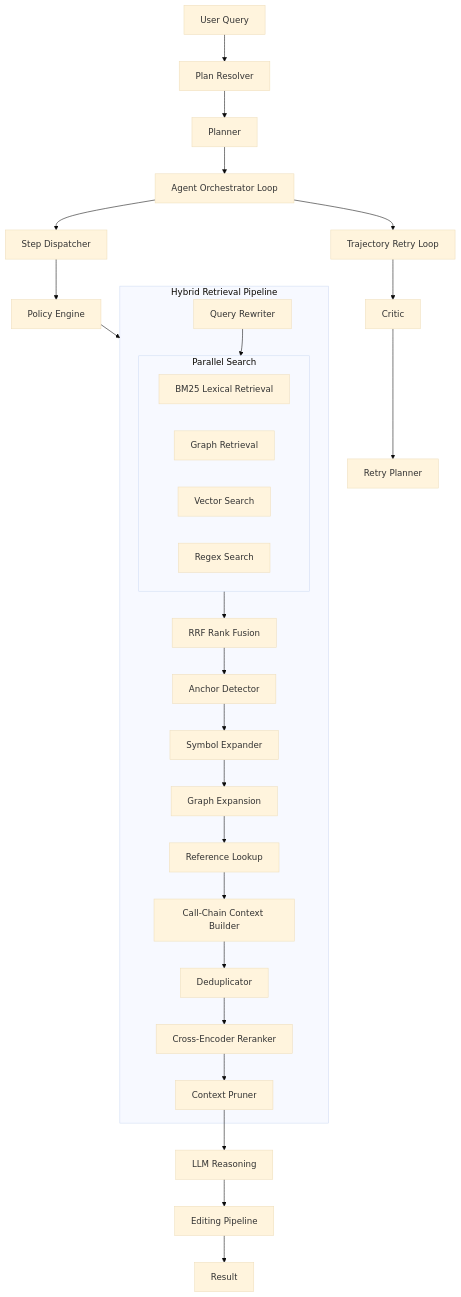
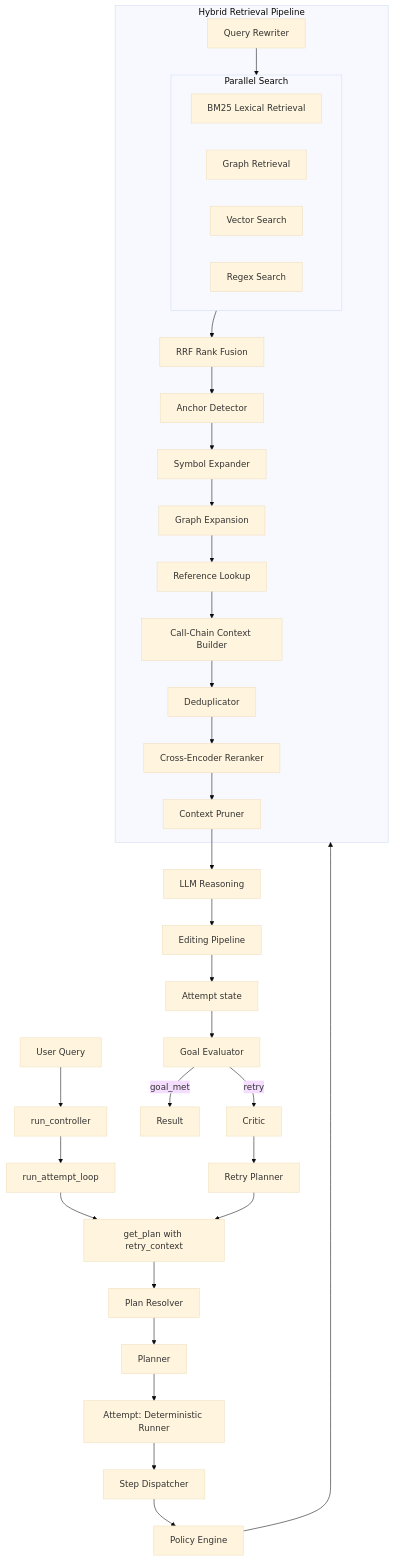
One commit to Pugsy-Explores/AutoStudio changed the diagram in Docs/ARCHITECTURE.md. Above: the diagram before and after it, drawn with Mermaid (base theme). The commit also changed other lines of this file and 3 other files, not shown here.

First line of the commit message:
docs: align Mermaid diagrams with Phase 5 attempt-loop architecture

````diff
--- a/Docs/ARCHITECTURE.md
+++ b/Docs/ARCHITECTURE.md
@@ -22,36 +22,41 @@
 ```mermaid
 flowchart TD
-    Query[User Query] --> PlanResolver[Plan Resolver]
+    Query[User Query] --> RunController[run_controller]
+    RunController --> AttemptLoop[run_attempt_loop]
+    AttemptLoop --> GetPlan[get_plan with retry_context]
+    GetPlan --> PlanResolver[Plan Resolver]
     PlanResolver --> Planner[Planner]
-    Planner --> AgentLoop[Agent Orchestrator Loop]
-    AgentLoop --> Dispatcher[Step Dispatcher]
+    Planner --> StepLoop[Attempt: Deterministic Runner]
+    StepLoop --> Dispatcher[Step Dispatcher]
     Dispatcher --> PolicyEngine[Policy Engine]
     PolicyEngine --> SearchPipeline
 
     subgraph SearchPipeline [Hybrid Retrieval Pipeline]
         QR[Query Rewriter] --> ParallelSearch
         subgraph ParallelSearch [Parallel Search]
             BM25[BM25 Lexical Retrieval]
             GraphRetriever[Graph Retrieval]
             VectorSearch[Vector Search]
             GrepSearch[Regex Search]
         end
         ParallelSearch --> RRF[RRF Rank Fusion]
         RRF --> AnchorDetector[Anchor Detector]
         AnchorDetector --> SymbolExpander[Symbol Expander]
         SymbolExpander --> GraphExpansion[Graph Expansion]
         GraphExpansion --> ReferenceLookup[Reference Lookup]
         ReferenceLookup --> CallChain[Call-Chain Context Builder]
         CallChain --> Deduplicator[Deduplicator]
         Deduplicator --> Reranker[Cross-Encoder Reranker]
         Reranker --> ContextPruner[Context Pruner]
     end
 
     ContextPruner --> LLM[LLM Reasoning]
     LLM --> EditPipeline[Editing Pipeline]
-    EditPipeline --> Output[Result]
+    EditPipeline --> StepOutput[Attempt state]
 
-    AgentLoop --> MetaLoop[Trajectory Retry Loop]
-    MetaLoop --> Critic[Critic]
+    StepOutput --> GoalEval[Goal Evaluator]
+    GoalEval -->|goal_met| Output[Result]
+    GoalEval -->|retry| Critic[Critic]
     Critic --> RetryPlanner[Retry Planner]
+    RetryPlanner --> GetPlan
 ```
````
